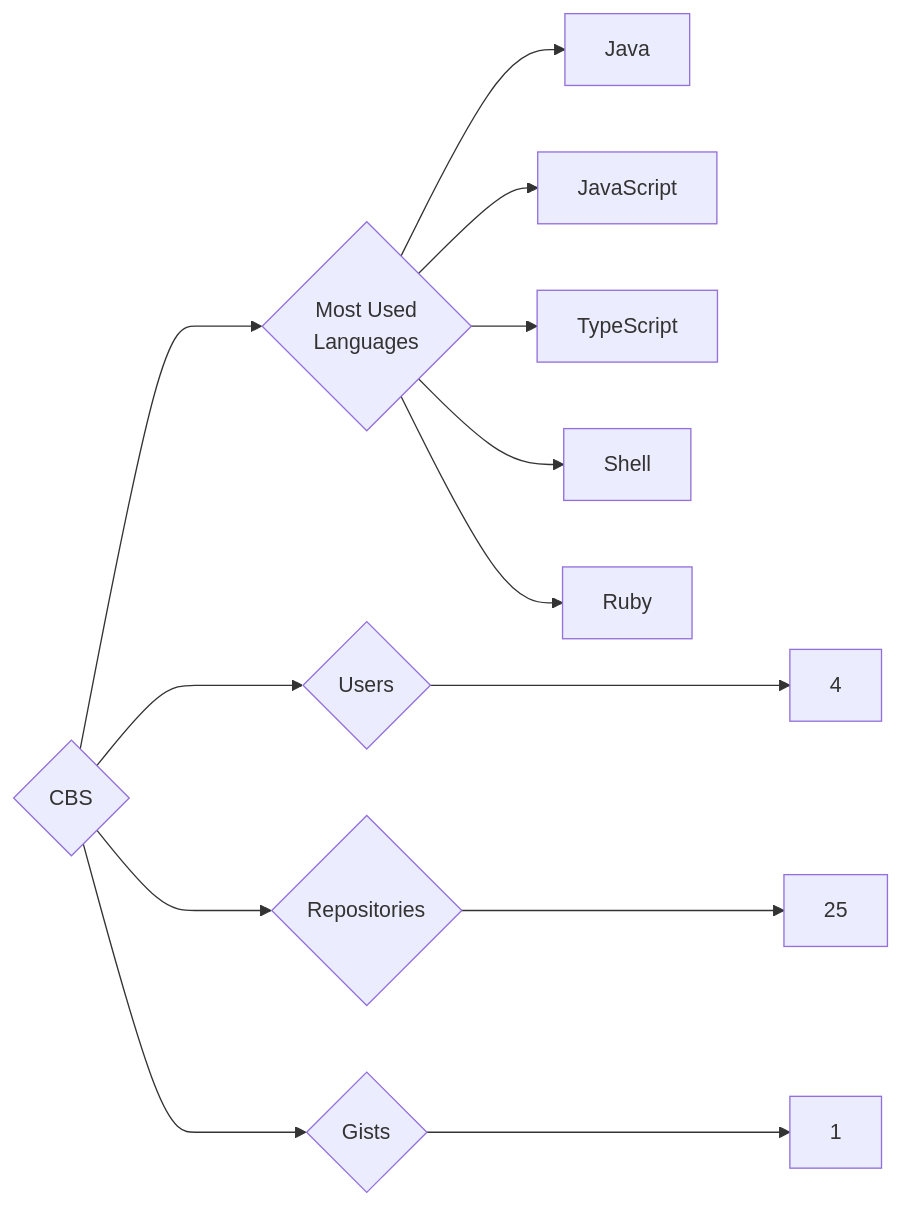
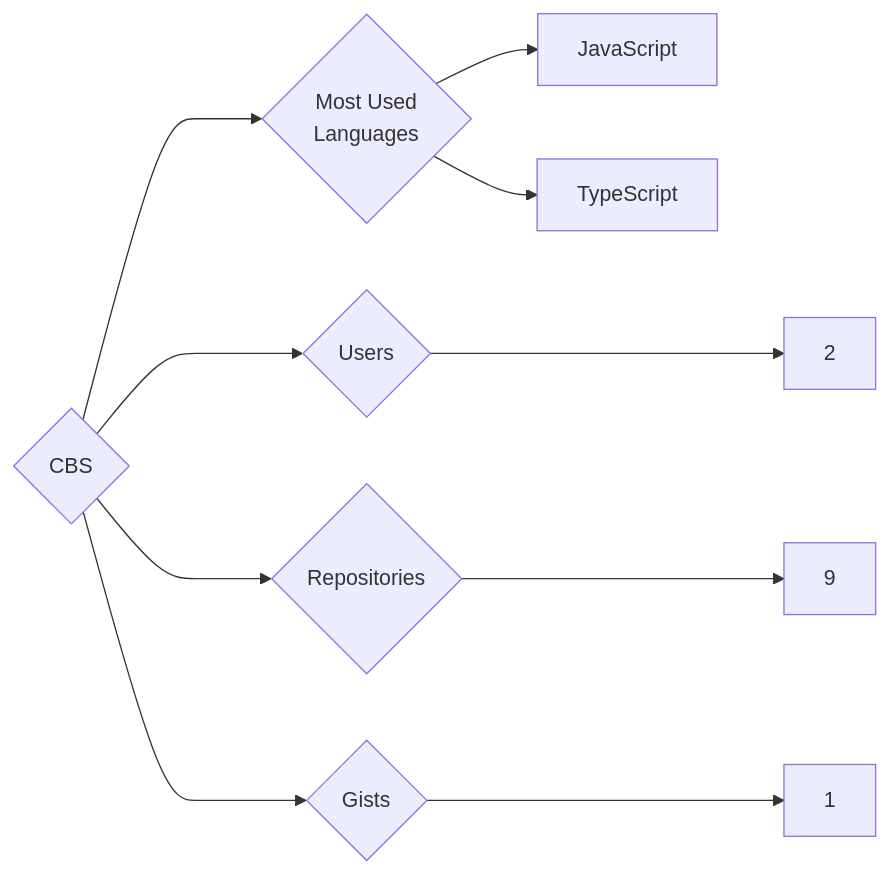
Before and after one commit to trickest/insiders: the diagram in targets/CBS/README.md, drawn with Mermaid. The commit also changed 985 other files, not shown here.

````diff
--- a/targets/CBS/README.md
+++ b/targets/CBS/README.md
@@ -3,13 +3,10 @@
 ```mermaid
 graph LR
 COMPANY_NAME{CBS}
-COMPANY_NAME ---> U{Users} ---> UN[4]
-COMPANY_NAME ---> R{Repositories} ---> RN[25]
+COMPANY_NAME ---> U{Users} ---> UN[2]
+COMPANY_NAME ---> R{Repositories} ---> RN[9]
 COMPANY_NAME ---> G{Gists} ---> GN[1]
 COMPANY_NAME ---> ML{Most Used<br>Languages}
-ML --> Java[Java]
 ML --> JavaScript[JavaScript]
 ML --> TypeScript[TypeScript]
-ML --> Shell[Shell]
-ML --> Ruby[Ruby]
 ```
````
